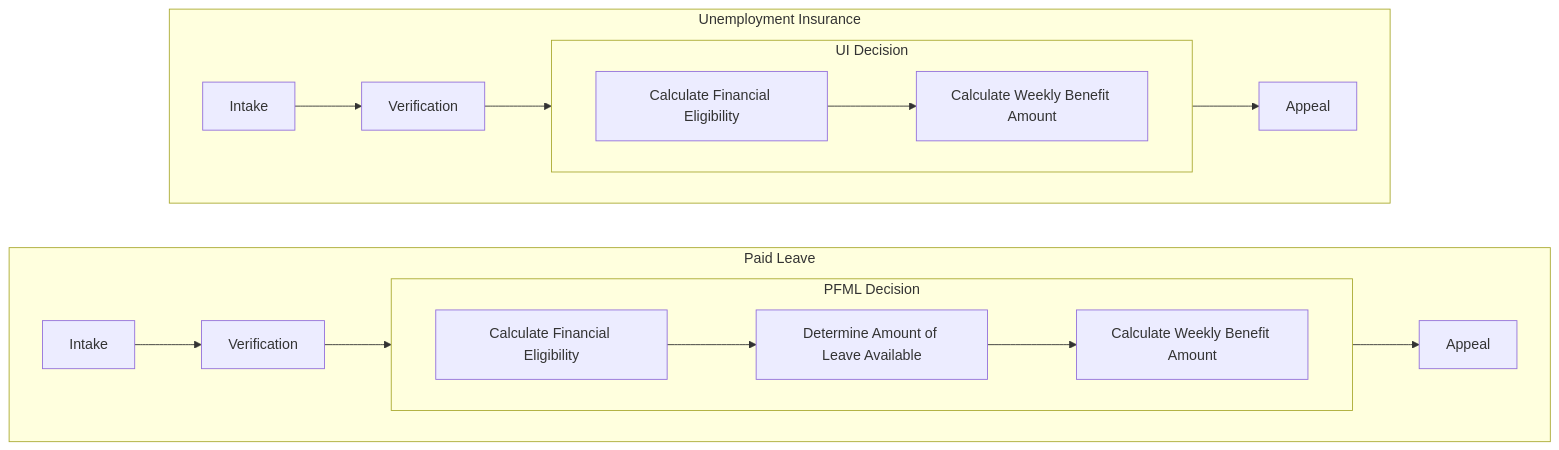
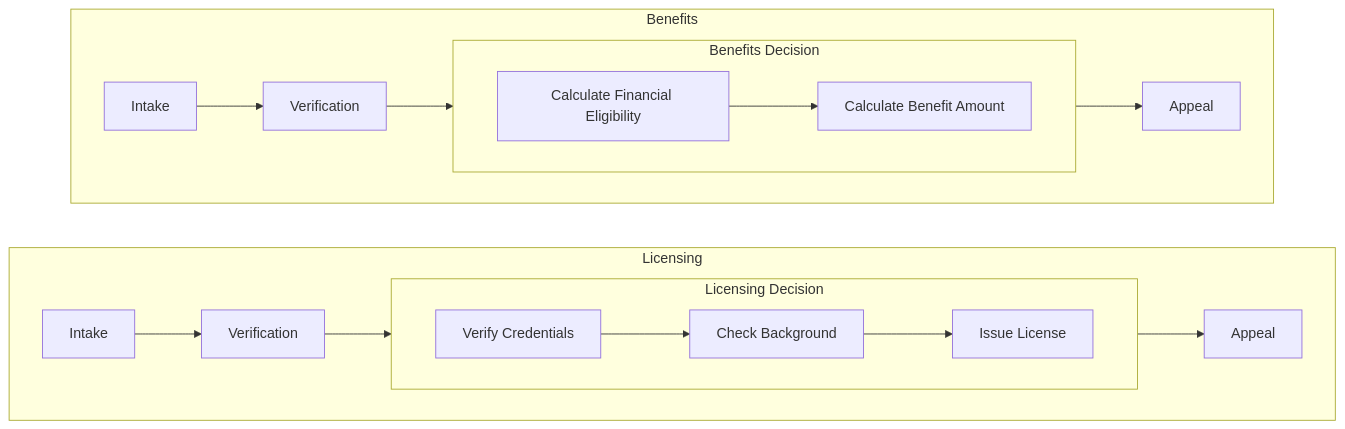
The third of 4 diagrams in docs/business-process-family-tree.md (navapbc/flex-sdk), drawn with Mermaid before and after one commit. The commit also changed other lines of this file and 34 other files, not shown here.

````diff
--- a/docs/business-process-family-tree.md
+++ b/docs/business-process-family-tree.md
@@ -26,28 +26,28 @@
 ```mermaid
 graph LR
-  subgraph Paid Leave
+  subgraph Licensing
     direction LR
 
-    subgraph PFMLDecision [PFML Decision]
+    subgraph LicensingDecision [Licensing Decision]
       direction LR
-      PFMLFinancialEligibility[Calculate Financial Eligibility] --> PFMLLeaveAvailable[Determine Amount of Leave Available] --> PFMLWeeklyBenefit[Calculate Weekly Benefit Amount]
+      LicensingCredentials[Verify Credentials] --> LicensingBackground[Check Background] --> LicensingIssue[Issue License]
     end
 
-    PFMLIntake[Intake] --> PFMLVerification[Verification]
-    PFMLVerification[Verification] --> PFMLDecision
-    PFMLDecision -->  PFMLAppeal[Appeal]  
+    LicensingIntake[Intake] --> LicensingVerification[Verification]
+    LicensingVerification[Verification] --> LicensingDecision
+    LicensingDecision -->  LicensingAppeal[Appeal]
   end
 
-  subgraph Unemployment Insurance
+  subgraph Benefits
     direction LR
 
-    subgraph UIDecision [UI Decision]
+    subgraph BenefitsDecision [Benefits Decision]
       direction LR
-      UIFinancialEligibility[Calculate Financial Eligibility] --> UIWeeklyBenefit[Calculate Weekly Benefit Amount]
+      BenefitsFinancialEligibility[Calculate Financial Eligibility] --> BenefitsAmount[Calculate Benefit Amount]
     end
 
-    UIIntake[Intake] --> UIVerification[Verification]
-    UIVerification[Verification] --> UIDecision
-    UIDecision --> UIAppeal[Appeal]
+    BenefitsIntake[Intake] --> BenefitsVerification[Verification]
+    BenefitsVerification[Verification] --> BenefitsDecision
+    BenefitsDecision --> BenefitsAppeal[Appeal]
   end
 ```
````
